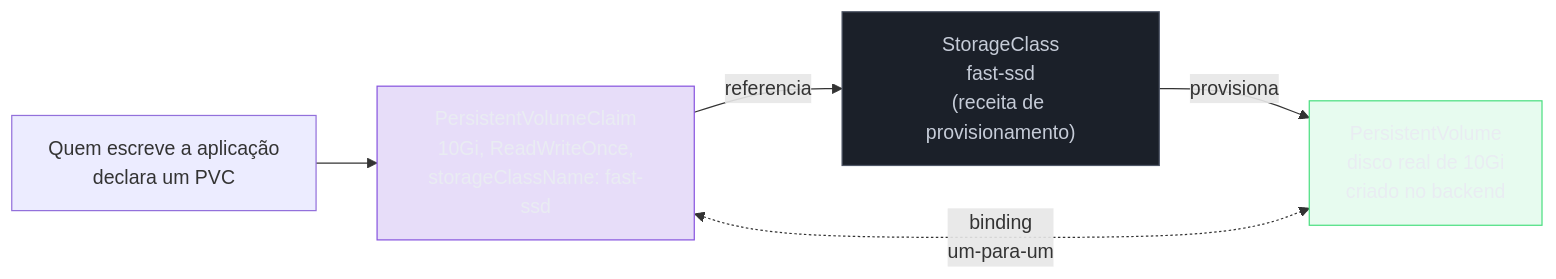
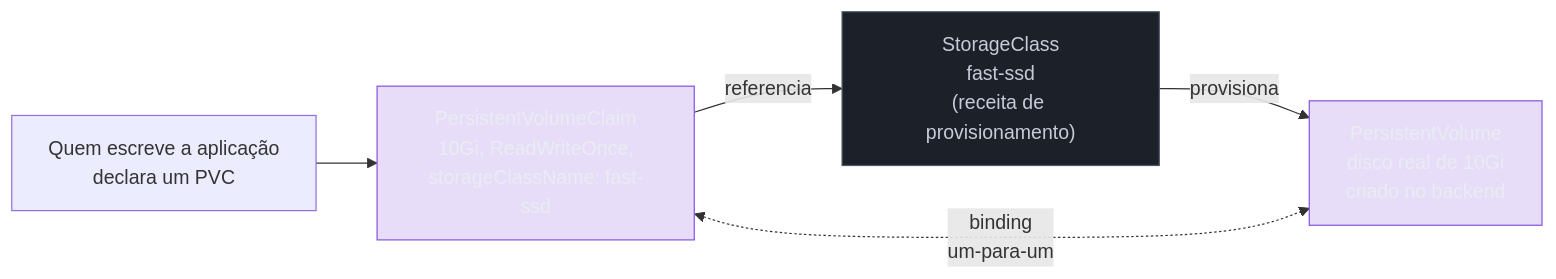
The diagram in 03-Dominios/Tecnologia/Infraestrutura/Kubernetes/09 - Armazenamento.md (josenaldo/codex-technomanticus), drawn with Mermaid before and after one commit. The commit also changed 601 other files, not shown here.

````diff
--- a/03-Dominios/Tecnologia/Infraestrutura/Kubernetes/09 - Armazenamento.md
+++ b/03-Dominios/Tecnologia/Infraestrutura/Kubernetes/09 - Armazenamento.md
@@ -45,14 +45,13 @@
 ```mermaid
 graph LR
     classDef marca fill:#8855DF33,stroke:#8855DF,color:#E9ECF2
     classDef neutro fill:#1B2029,stroke:#4E5666,color:#C6CCD8
-    classDef ok fill:#4ADE8021,stroke:#4ADE80,color:#E9ECF2
     Dev["Quem escreve a aplicação<br/>declara um PVC"] --> PVC["PersistentVolumeClaim<br/>10Gi, ReadWriteOnce,<br/>storageClassName: fast-ssd"]
     PVC -->|"referencia"| SC["StorageClass<br/>fast-ssd<br/>(receita de provisionamento)"]
     SC -->|"provisiona"| PV["PersistentVolume<br/>disco real de 10Gi<br/>criado no backend"]
     PVC <-.->|"binding<br/>um-para-um"| PV
 
     class PVC marca
     class SC neutro
-    class PV ok
+    class PV marca
 ```
````
